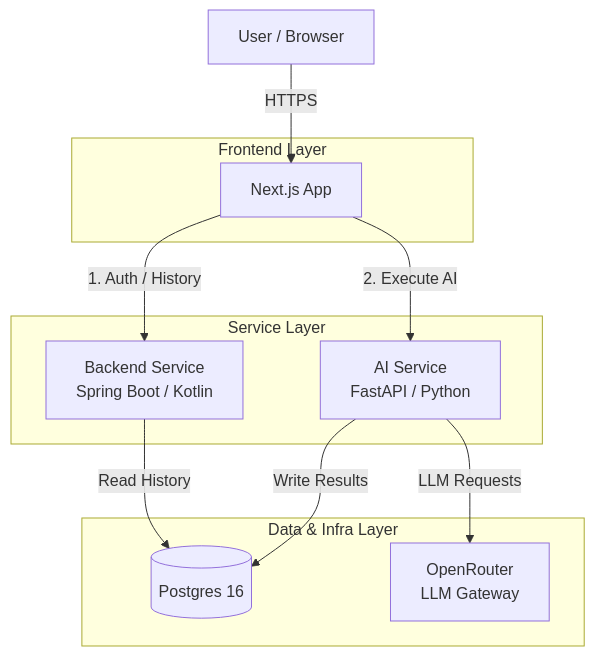
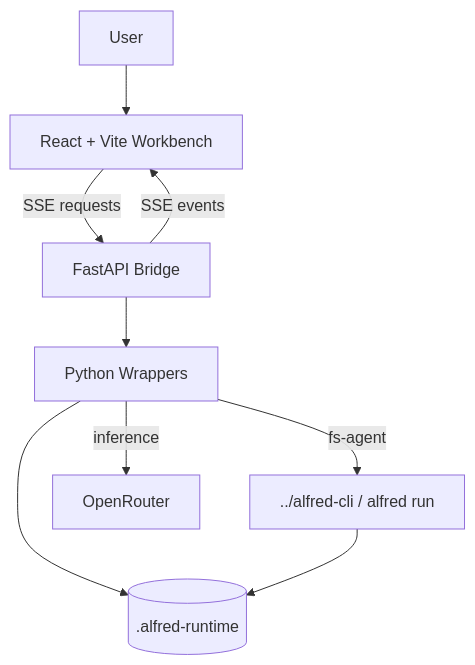
Before and after one commit to AIByJohannes/alfred: the diagram in docs/architecture.md, drawn with Mermaid. The commit also changed other lines of this file and 3 other files, not shown here.

````diff
--- a/docs/architecture.md
+++ b/docs/architecture.md
@@ -17,28 +15,19 @@
 ```mermaid
 graph TD
-    User[User / Browser]
-    
-    subgraph "Frontend Layer"
-        NextJS[Next.js App]
-    end
-    
-    subgraph "Service Layer"
-        SpringBoot[Backend Service<br/>Spring Boot / Kotlin]
-        FastAPI[AI Service<br/>FastAPI / Python]
-    end
-    
-    subgraph "Data & Infra Layer"
-        Postgres[(Postgres 16)]
-        OpenRouter[OpenRouter<br/>LLM Gateway]
-    end
+    User[User]
+    UI[React + Vite Workbench]
+    API[FastAPI Bridge]
+    PY[Python Wrappers]
+    CLI[../alfred-cli / alfred run]
+    FS[(.alfred-runtime)]
+    LLM[OpenRouter]
 
-    User -->|HTTPS| NextJS
-    
-    NextJS -->|1. Auth / History| SpringBoot
-    NextJS -->|2. Execute AI| FastAPI
-    
-    SpringBoot -->|Read History| Postgres
-    FastAPI -->|Write Results| Postgres
-    
-    FastAPI -->|LLM Requests| OpenRouter
+    User --> UI
+    UI -->|SSE requests| API
+    API --> PY
+    PY -->|inference| LLM
+    PY -->|fs-agent| CLI
+    PY --> FS
+    CLI --> FS
+    API -->|SSE events| UI
 ```
````
